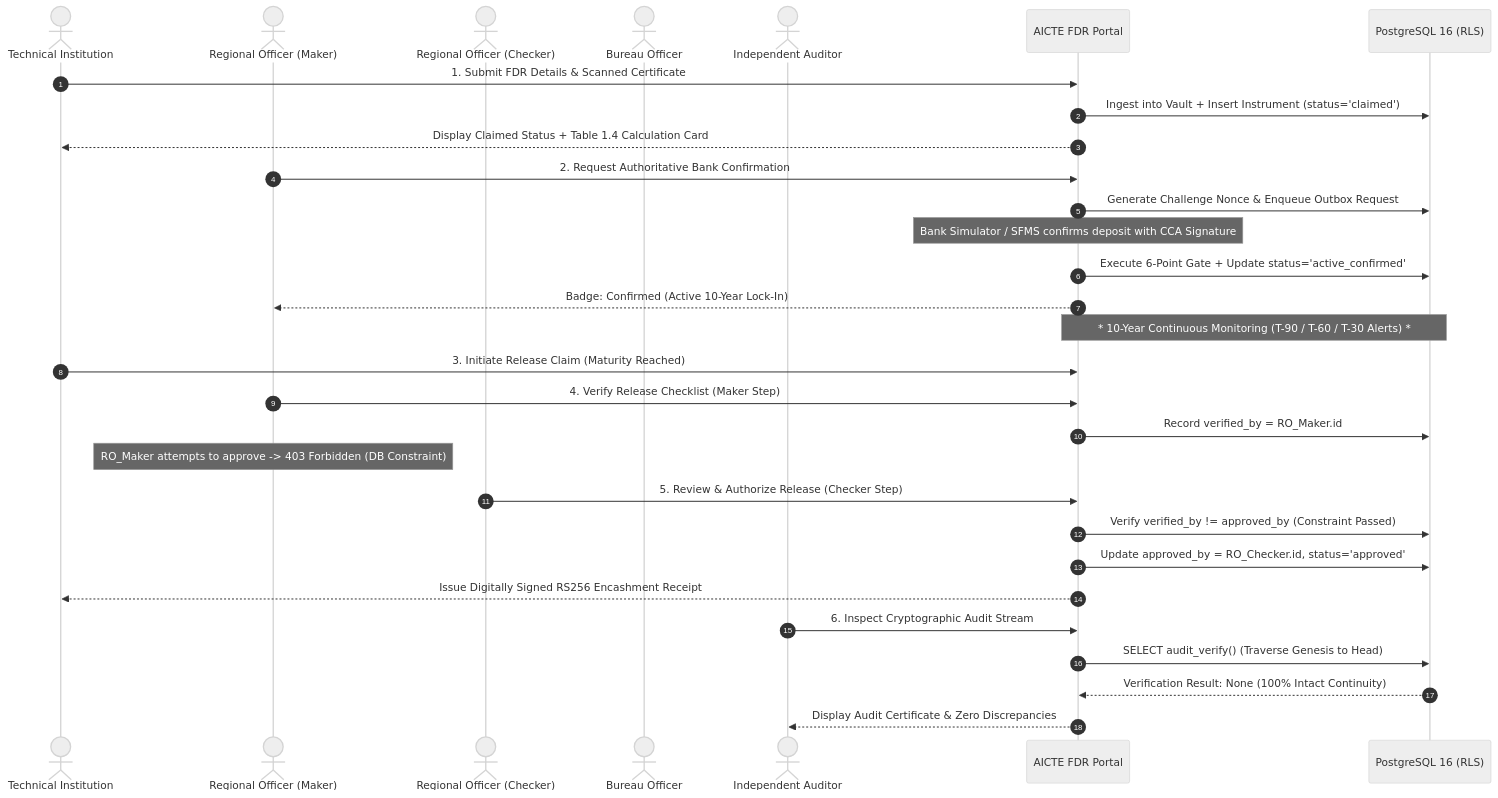
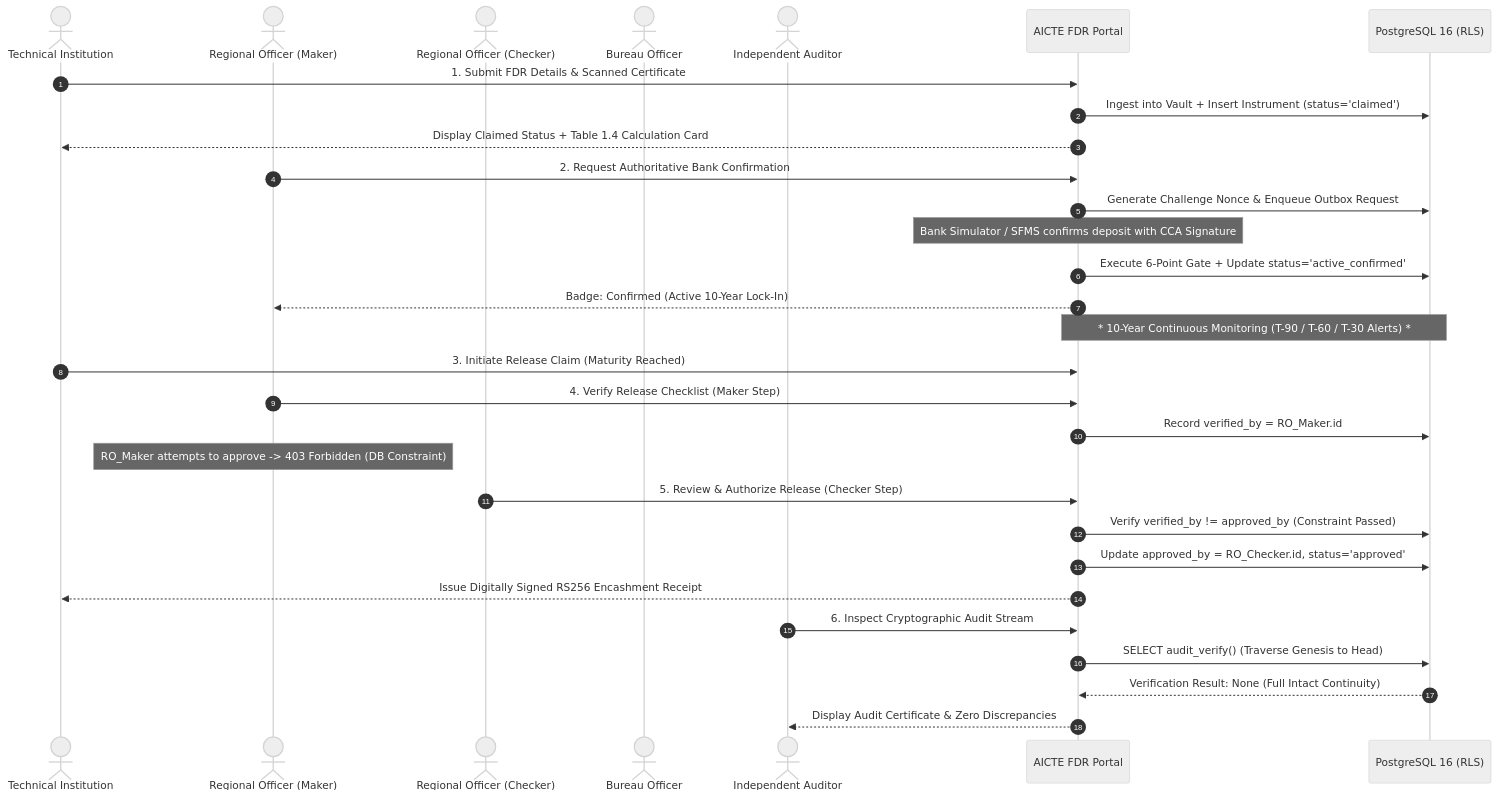
One commit to Sidd2721/AICTE- changed diagram 11 of 11 in docs/DIAGRAMS.md. Above: the diagram before and after it, drawn with Mermaid (neutral theme). The commit also changed other lines of this file and 8 other files, not shown here.

````diff
--- a/docs/DIAGRAMS.md
+++ b/docs/DIAGRAMS.md
@@ -378,38 +378,38 @@
 ```mermaid
 sequenceDiagram
     autonumber
     actor Inst as Technical Institution
     actor RO_Maker as Regional Officer (Maker)
     actor RO_Checker as Regional Officer (Checker)
     actor Bureau as Bureau Officer
     actor Auditor as Independent Auditor
     participant Portal as AICTE FDR Portal
     participant DB as PostgreSQL 16 (RLS)
 
     Inst->>Portal: 1. Submit FDR Details & Scanned Certificate
     Portal->>DB: Ingest into Vault + Insert Instrument (status='claimed')
     Portal-->>Inst: Display Claimed Status + Table 1.4 Calculation Card
 
     RO_Maker->>Portal: 2. Request Authoritative Bank Confirmation
     Portal->>DB: Generate Challenge Nonce & Enqueue Outbox Request
     Note over Portal: Bank Simulator / SFMS confirms deposit with CCA Signature
     Portal->>DB: Execute 6-Point Gate + Update status='active_confirmed'
     Portal-->>RO_Maker: Badge: Confirmed (Active 10-Year Lock-In)
 
     Note over Portal,DB: * 10-Year Continuous Monitoring (T-90 / T-60 / T-30 Alerts) *
 
     Inst->>Portal: 3. Initiate Release Claim (Maturity Reached)
     RO_Maker->>Portal: 4. Verify Release Checklist (Maker Step)
     Portal->>DB: Record verified_by = RO_Maker.id
     Note over RO_Maker: RO_Maker attempts to approve -> 403 Forbidden (DB Constraint)
 
     RO_Checker->>Portal: 5. Review & Authorize Release (Checker Step)
     Portal->>DB: Verify verified_by != approved_by (Constraint Passed)
     Portal->>DB: Update approved_by = RO_Checker.id, status='approved'
     Portal-->>Inst: Issue Digitally Signed RS256 Encashment Receipt
 
     Auditor->>Portal: 6. Inspect Cryptographic Audit Stream
     Portal->>DB: SELECT audit_verify() (Traverse Genesis to Head)
-    DB-->>Portal: Verification Result: None (100% Intact Continuity)
+    DB-->>Portal: Verification Result: None (Full Intact Continuity)
     Portal-->>Auditor: Display Audit Certificate & Zero Discrepancies
 ```
````
